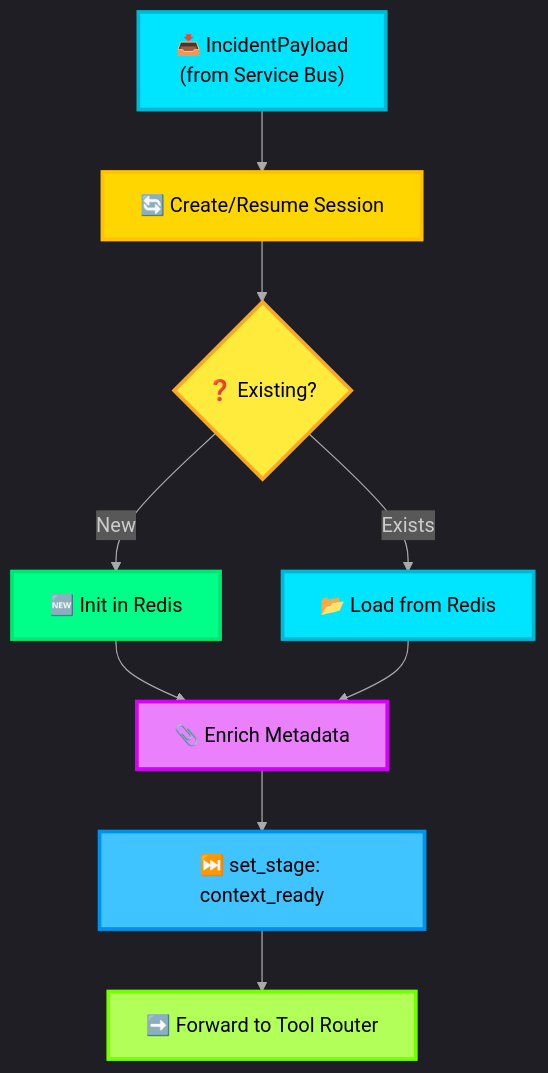
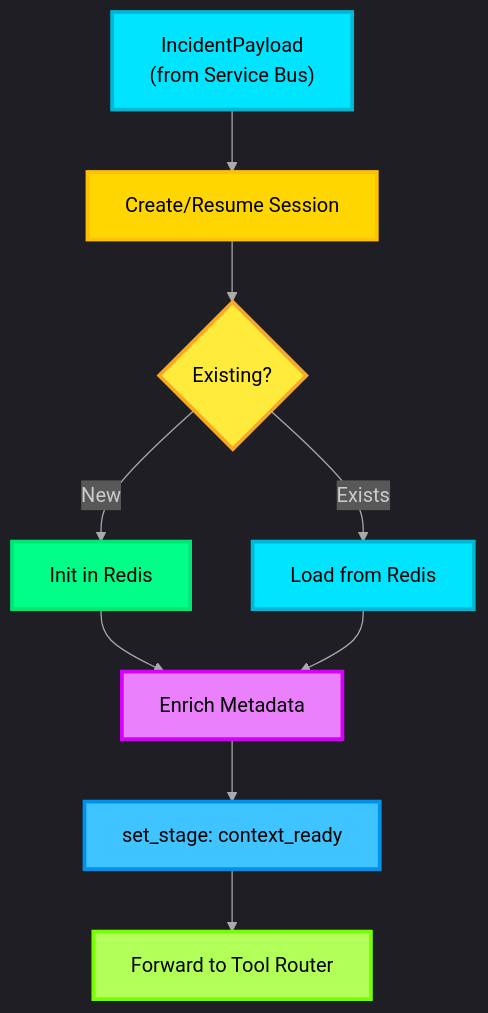
One commit to thanhauco/agentic-ai-icm-system changed the diagram in docs/02-context-manager.md. Above: the diagram before and after it, drawn with Mermaid. The commit also changed 1 other file, not shown here.

Commit message:
docs: Add initial documentation for all major system components of the agentic AI ICM system.

````diff
--- a/docs/02-context-manager.md
+++ b/docs/02-context-manager.md
@@ -9,20 +9,20 @@
 ```mermaid
 %%{init: {'theme': 'dark', 'themeVariables': {'lineColor': '#AAAAAA'}}}%%
 graph TD
-    A["📥 IncidentPayload<br>(from Service Bus)"] --> B["🔄 Create/Resume Session"]
-    B --> C{"❓ Existing?"}
-    C -->|New| D["🆕 Init in Redis"]
-    C -->|Exists| E["📂 Load from Redis"]
-    D & E --> F["📎 Enrich Metadata"]
-    F --> G["⏭️ set_stage: context_ready"]
-    G --> H["➡️ Forward to Tool Router"]
+ A["IncidentPayload<br>(from Service Bus)"] --> B["Create/Resume Session"]
+ B --> C{"Existing?"}
+ C -->|New| D["Init in Redis"]
+ C -->|Exists| E["Load from Redis"]
+ D & E --> F["Enrich Metadata"]
+ F --> G["set_stage: context_ready"]
+ G --> H["Forward to Tool Router"]
 
-    style A fill:#00E5FF,stroke:#00B8D4,stroke-width:3px,color:#000
-    style B fill:#FFD600,stroke:#FFC107,stroke-width:3px,color:#000
-    style C fill:#FFEB3B,stroke:#F9A825,stroke-width:3px,color:#000
-    style D fill:#00FF88,stroke:#00E676,stroke-width:3px,color:#000
-    style E fill:#00E5FF,stroke:#00B8D4,stroke-width:3px,color:#000
-    style F fill:#EA80FC,stroke:#D500F9,stroke-width:3px,color:#000
-    style G fill:#40C4FF,stroke:#0091EA,stroke-width:3px,color:#000
-    style H fill:#B2FF59,stroke:#76FF03,stroke-width:3px,color:#000
+ style A fill:#00E5FF,stroke:#00B8D4,stroke-width:3px,color:#000
+ style B fill:#FFD600,stroke:#FFC107,stroke-width:3px,color:#000
+ style C fill:#FFEB3B,stroke:#F9A825,stroke-width:3px,color:#000
+ style D fill:#00FF88,stroke:#00E676,stroke-width:3px,color:#000
+ style E fill:#00E5FF,stroke:#00B8D4,stroke-width:3px,color:#000
+ style F fill:#EA80FC,stroke:#D500F9,stroke-width:3px,color:#000
+ style G fill:#40C4FF,stroke:#0091EA,stroke-width:3px,color:#000
+ style H fill:#B2FF59,stroke:#76FF03,stroke-width:3px,color:#000
 ```
````
